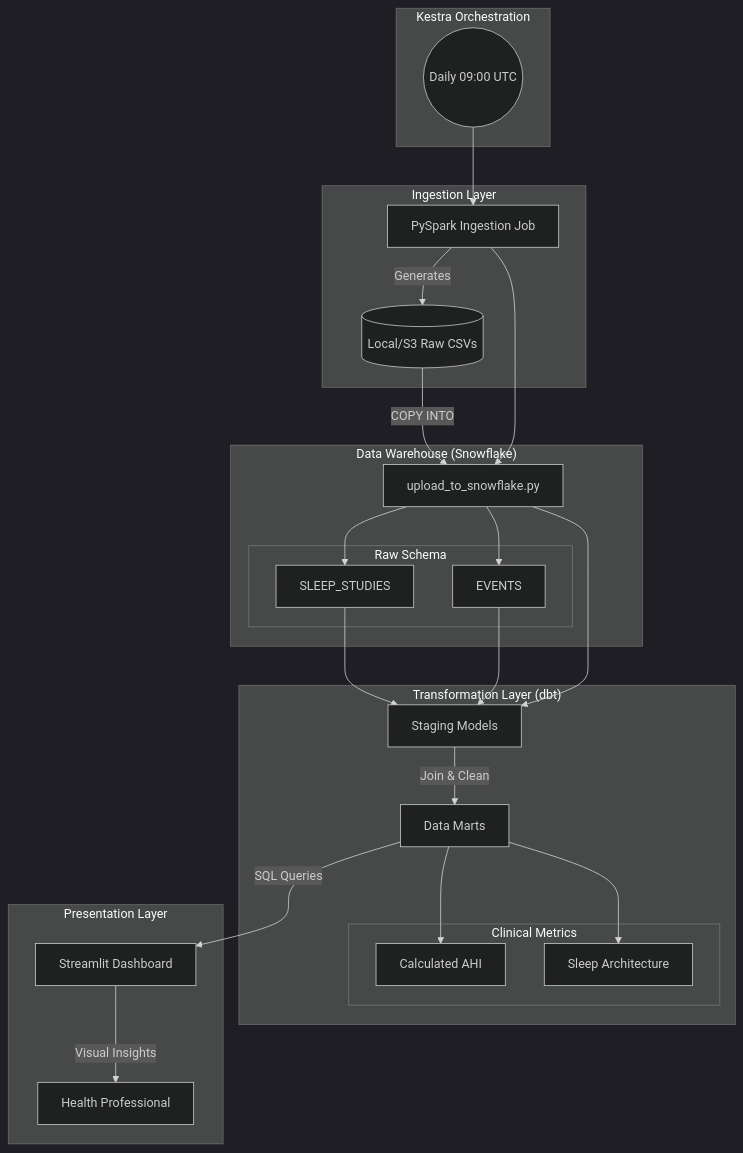
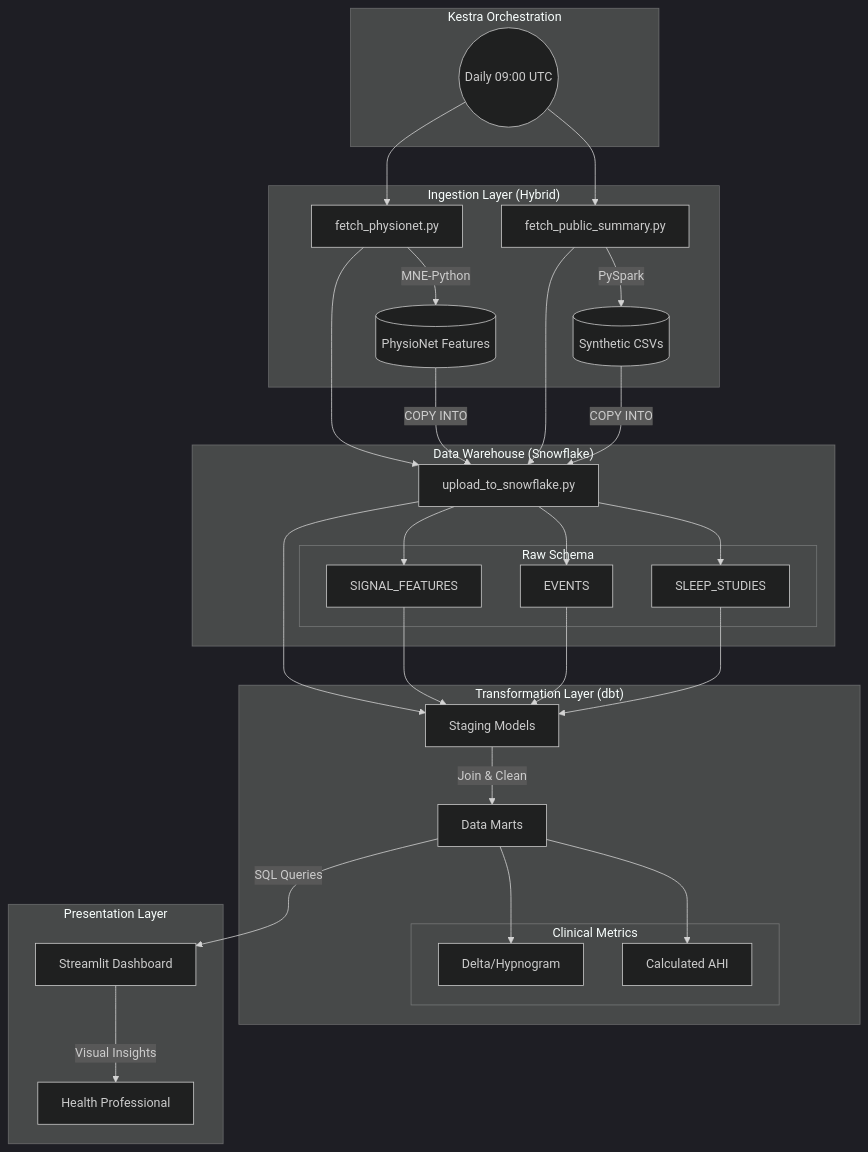
One commit to kahramanmurat/sleeplens changed the diagram in README.md. Above: the diagram before and after it, drawn with Mermaid (dark theme). The commit also changed other lines of this file and 2 other files, not shown here.

Commit message:
docs: finalize project documentation and dashboard features

````diff
--- a/README.md
+++ b/README.md
@@ -15,54 +15,67 @@
 ```mermaid
 graph TD
     subgraph Orchestration [Kestra Orchestration]
         DailyTrigger((Daily 09:00 UTC))
     end
 
-    subgraph "Ingestion Layer"
-        Script[PySpark Ingestion Job]
-        RawData[(Local/S3 Raw CSVs)]
-        Script -->|Generates| RawData
+    subgraph "Ingestion Layer (Hybrid)"
+        PathA[fetch_public_summary.py]
+        PathB[fetch_physionet.py]
+        
+        RawDataA[(Synthetic CSVs)]
+        RawDataB[(PhysioNet Features)]
+        
+        PathA -->|PySpark| RawDataA
+        PathB -->|MNE-Python| RawDataB
     end
 
     subgraph "Data Warehouse (Snowflake)"
         SnowPy[upload_to_snowflake.py]
         
         subgraph "Raw Schema"
             RawSummary[SLEEP_STUDIES]
             RawEvents[EVENTS]
+            RawSignal[SIGNAL_FEATURES]
         end
         
-        RawData -->|COPY INTO| SnowPy
+        RawDataA -->|COPY INTO| SnowPy
+        RawDataB -->|COPY INTO| SnowPy
+        
         SnowPy --> RawSummary
         SnowPy --> RawEvents
+        SnowPy --> RawSignal
     end
 
     subgraph "Transformation Layer (dbt)"
         Staging[Staging Models]
         Marts[Data Marts]
         
         RawSummary --> Staging
         RawEvents --> Staging
+        RawSignal --> Staging
+        
         Staging -->|Join & Clean| Marts
         
         subgraph "Clinical Metrics"
             AHI[Calculated AHI]
-            SleepArch[Sleep Architecture]
+            SignalStats[Delta/Hypnogram]
         end
         
         Marts --> AHI
-        Marts --> SleepArch
+        Marts --> SignalStats
     end
 
     subgraph "Presentation Layer"
         Streamlit[Streamlit Dashboard]
         User[Health Professional]
         
         Marts -->|SQL Queries| Streamlit
         Streamlit -->|Visual Insights| User
     end
 
-    DailyTrigger --> Script
-    Script --> SnowPy
+    DailyTrigger --> PathA
+    DailyTrigger --> PathB
+    PathA --> SnowPy
+    PathB --> SnowPy
     SnowPy --> Staging
 ```
````
